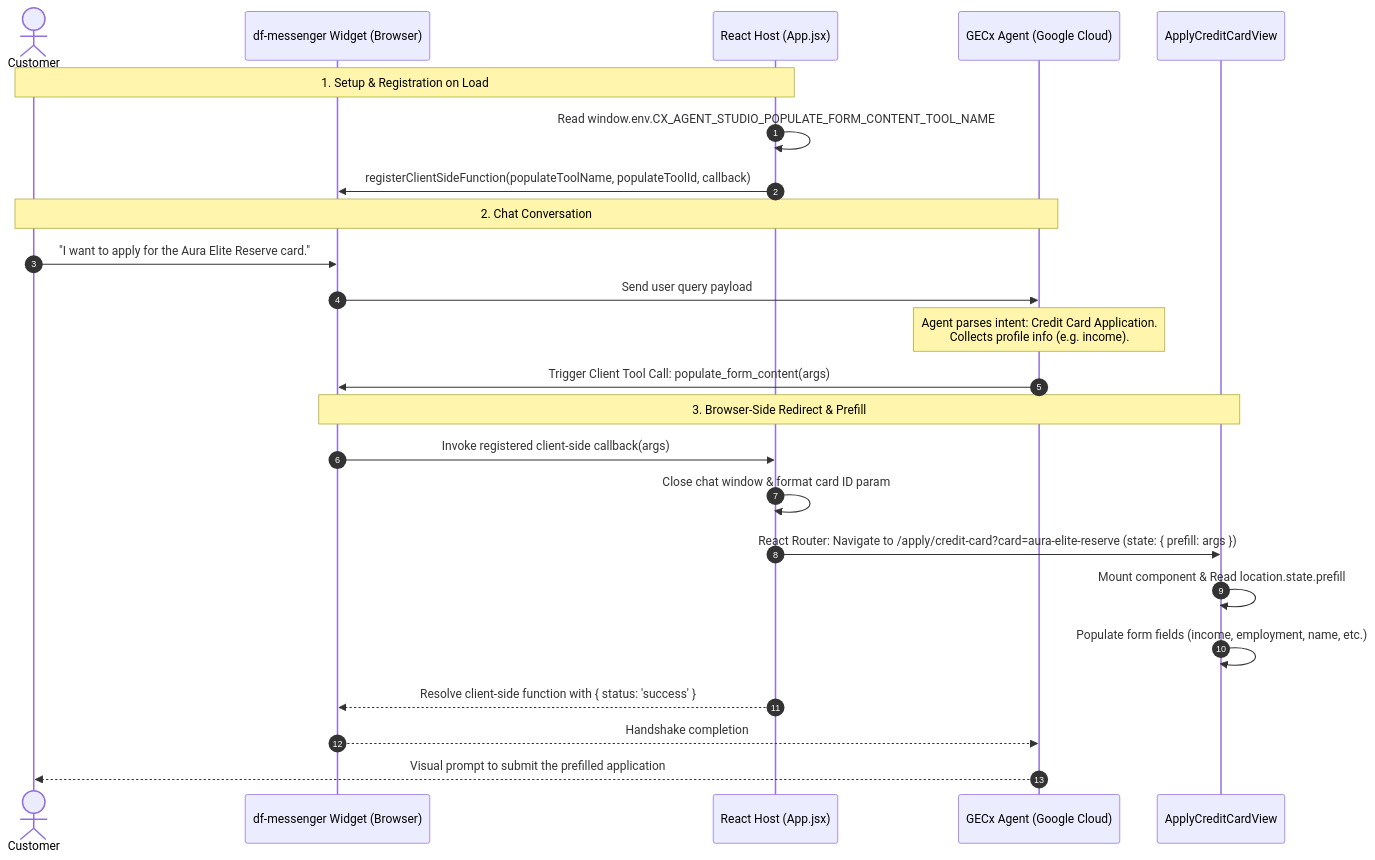
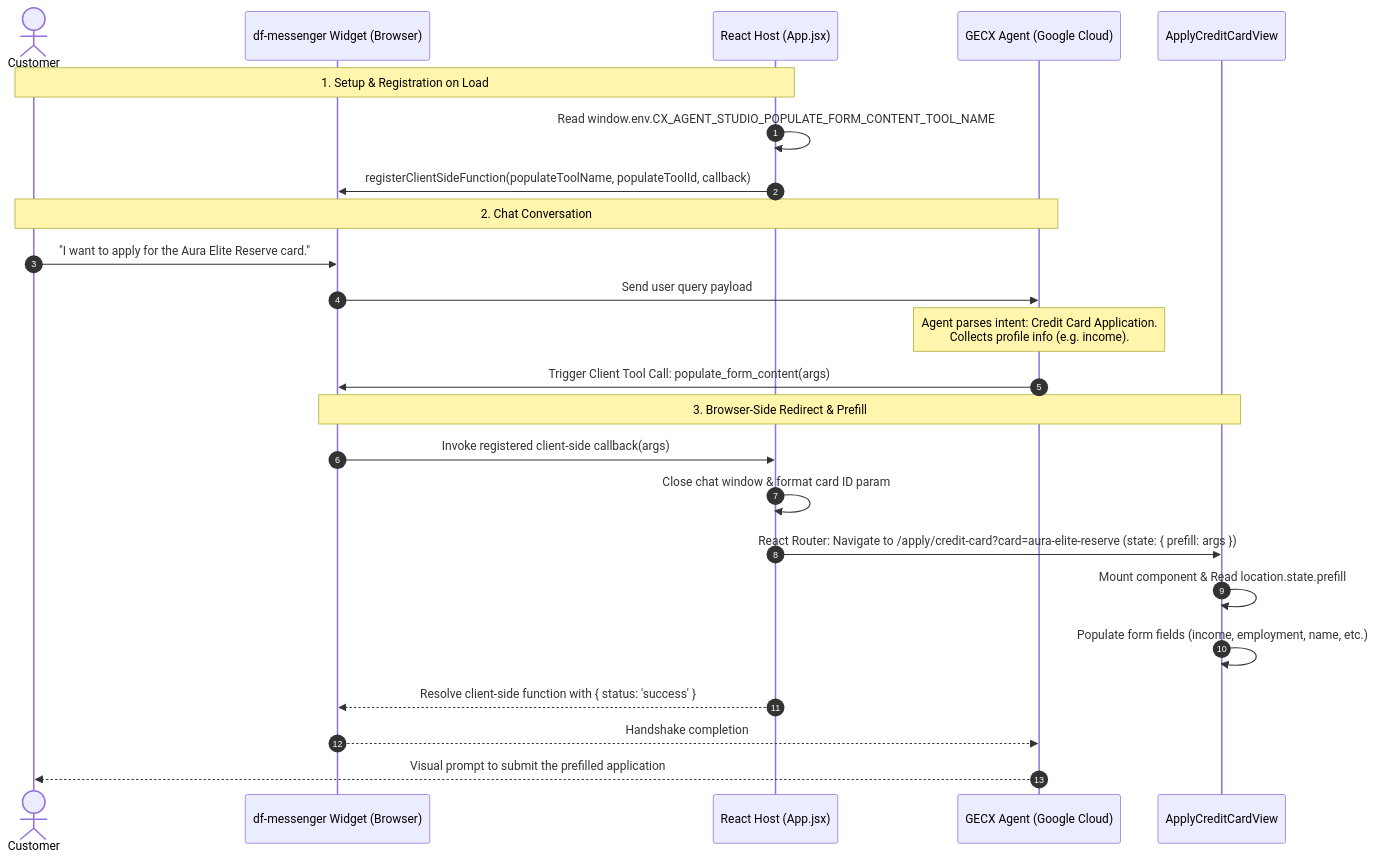
The diagram in docs/architecture/credit_card_prefill_integration.md (GoogleCloudPlatform/fsi-gecx-bundle), drawn with Mermaid before and after one commit. The commit also changed other lines of this file and 9 other files, not shown here.

````diff
--- a/docs/architecture/credit_card_prefill_integration.md
+++ b/docs/architecture/credit_card_prefill_integration.md
@@ -11,32 +11,32 @@
 ```mermaid
 sequenceDiagram
     autonumber
     actor Customer as Customer
     participant Messenger as df-messenger Widget (Browser)
     participant UI as React Host (App.jsx)
-    participant Agent as GECx Agent (Google Cloud)
+    participant Agent as GECX Agent (Google Cloud)
     participant View as ApplyCreditCardView
 
     %% Phase 1: Startup & Tool Registration
     Note over Customer, UI: 1. Setup & Registration on Load
     UI->>UI: Read window.env.CX_AGENT_STUDIO_POPULATE_FORM_CONTENT_TOOL_NAME
     UI->>Messenger: registerClientSideFunction(populateToolName, populateToolId, callback)
 
     %% Phase 2: Dialogue & Intent
     Note over Customer, Agent: 2. Chat Conversation
     Customer->>Messenger: "I want to apply for the Aura Elite Reserve card."
     Messenger->>Agent: Send user query payload
     Note over Agent: Agent parses intent: Credit Card Application.<br/>Collects profile info (e.g. income).
     Agent->>Messenger: Trigger Client Tool Call: populate_form_content(args)
 
     %% Phase 3: Client Action & Redirect
     Note over Messenger, View: 3. Browser-Side Redirect & Prefill
     Messenger->>UI: Invoke registered client-side callback(args)
     UI->>UI: Close chat window & format card ID param
     UI->>View: React Router: Navigate to /apply/credit-card?card=aura-elite-reserve (state: { prefill: args })
     View->>View: Mount component & Read location.state.prefill
     View->>View: Populate form fields (income, employment, name, etc.)
     UI-->>Messenger: Resolve client-side function with { status: 'success' }
     Messenger-->>Agent: Handshake completion
     Agent-->>Customer: Visual prompt to submit the prefilled application
 ```
````
